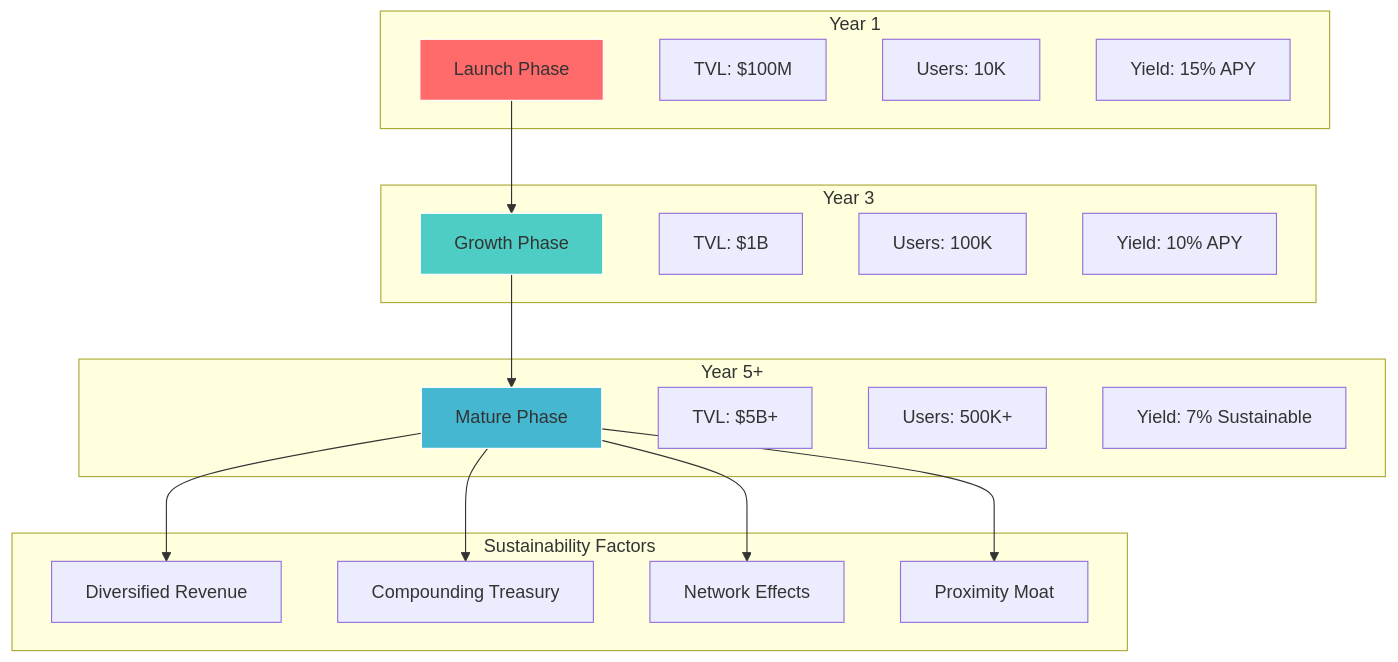
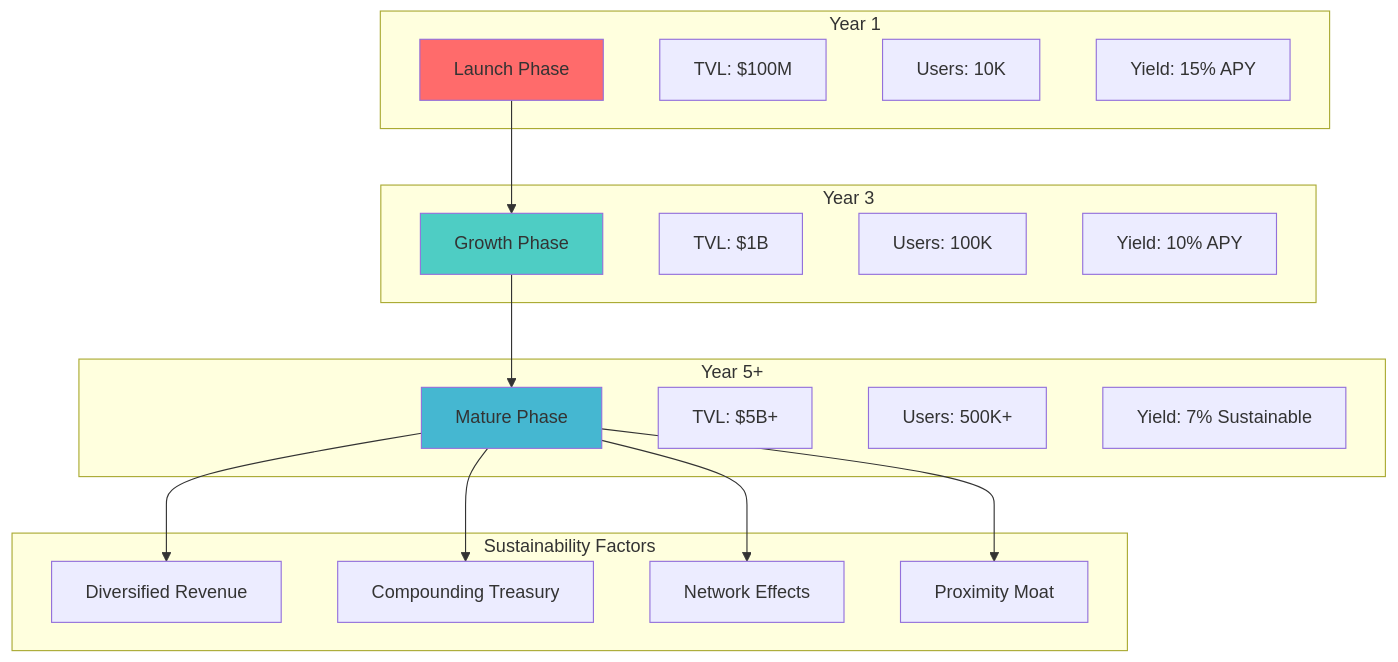
One commit to 0xJaehaerys/ohmega changed the tenth of 10 diagrams in blackhaven-economics-visual.md. Above: the diagram before and after it, drawn with Mermaid. The commit also changed other lines of this file and 6 other files, not shown here.

First line of the commit message:
Remove white color from all diagrams

````diff
--- a/blackhaven-economics-visual.md
+++ b/blackhaven-economics-visual.md
@@ -290,42 +290,42 @@
 ```mermaid
 graph TD
     subgraph "Year 1"
         Y1_LAUNCH["Launch Phase"]
         Y1_TVL["TVL: $100M"]
         Y1_USERS["Users: 10K"]
         Y1_YIELD["Yield: 15% APY"]
     end
     
     subgraph "Year 3"
         Y3_GROWTH["Growth Phase"]
         Y3_TVL["TVL: $1B"]
         Y3_USERS["Users: 100K"]
         Y3_YIELD["Yield: 10% APY"]
     end
     
     subgraph "Year 5+"
         Y5_MATURE["Mature Phase"]
         Y5_TVL["TVL: $5B+"]
         Y5_USERS["Users: 500K+"]
         Y5_YIELD["Yield: 7% Sustainable"]
     end
     
     subgraph "Sustainability Factors"
         DIVERSE["Diversified Revenue"]
         COMPOUND["Compounding Treasury"]
         NETWORK["Network Effects"]
         MOAT["Proximity Moat"]
     end
     
     Y1_LAUNCH --> Y3_GROWTH
     Y3_GROWTH --> Y5_MATURE
     
     Y5_MATURE --> DIVERSE
     Y5_MATURE --> COMPOUND
     Y5_MATURE --> NETWORK
     Y5_MATURE --> MOAT
     
-    style Y1_LAUNCH fill:#ff6b6b,stroke:#fff
-    style Y3_GROWTH fill:#4ecdc4,stroke:#fff
-    style Y5_MATURE fill:#45b7d1,stroke:#fff
+    style Y1_LAUNCH fill:#ff6b6b
+    style Y3_GROWTH fill:#4ecdc4
+    style Y5_MATURE fill:#45b7d1
 ```
````
